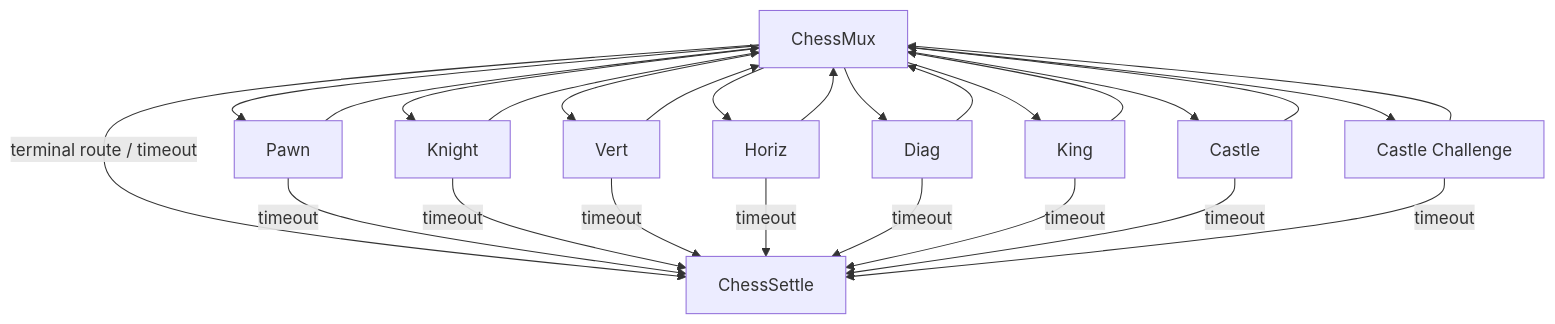
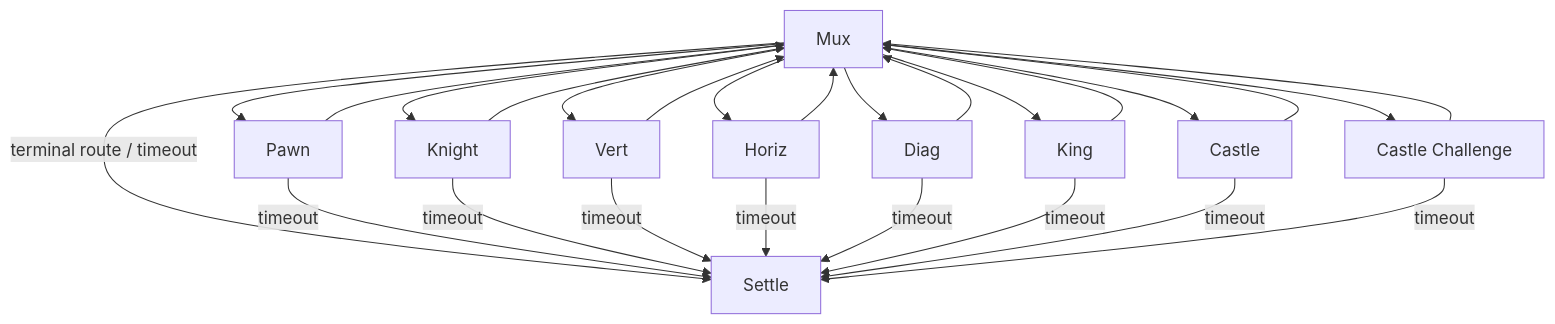
The second of 3 diagrams in chess/book/src/webinar_chess.md (argent-lang/argent-playground), drawn with Mermaid before and after one commit. The commit also changed other lines of this file and 31 other files, not shown here.

````diff
--- a/chess/book/src/webinar_chess.md
+++ b/chess/book/src/webinar_chess.md
@@ -42,41 +42,41 @@
 ```mermaid
 flowchart TD
-    M["ChessMux"]
+    M["Mux"]
     P["Pawn"]
     N["Knight"]
     V["Vert"]
     H["Horiz"]
     D["Diag"]
     K["King"]
     C["Castle"]
     CC["Castle Challenge"]
-    S["ChessSettle"]
+    S["Settle"]
 
     M --> P
     M --> N
     M --> V
     M --> H
     M --> D
     M --> K
     M --> C
     M --> CC
 
     P --> M
     N --> M
     V --> M
     H --> M
     D --> M
     K --> M
     C --> M
     CC --> M
 
     M -- "terminal route / timeout" --> S
     P -- "timeout" --> S
     N -- "timeout" --> S
     V -- "timeout" --> S
     H -- "timeout" --> S
     D -- "timeout" --> S
     K -- "timeout" --> S
     C -- "timeout" --> S
     CC -- "timeout" --> S
 ```
````
